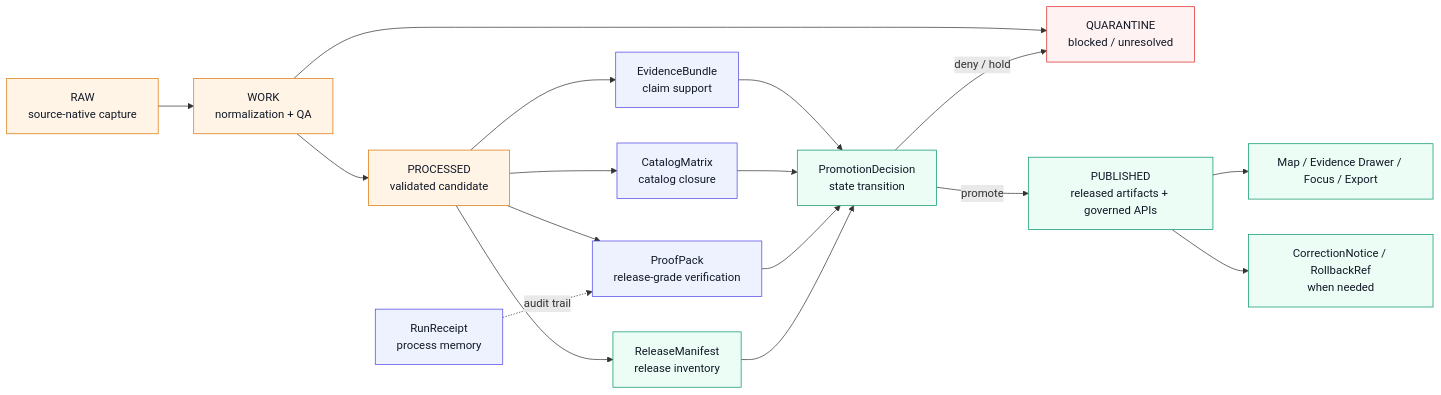
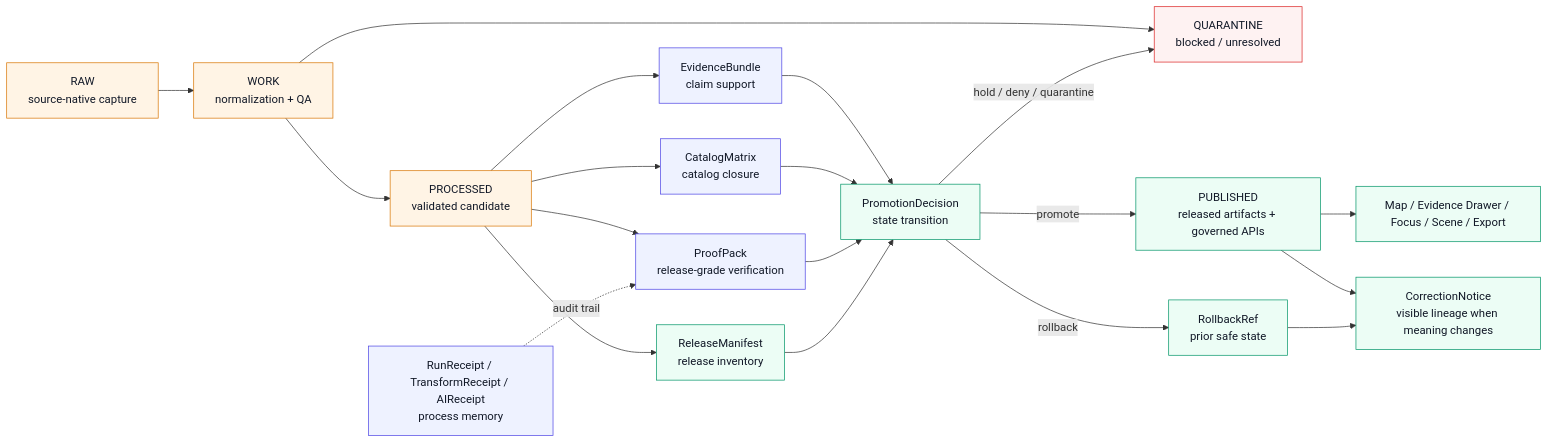
The diagram in docs/adr/ADR-0011-catalog-proof-release-separation.md (bartytime4life/Kansas-Frontier-Matrix), drawn with Mermaid before and after one commit. The commit also changed other lines of this file, not shown here.

````diff
--- a/docs/adr/ADR-0011-catalog-proof-release-separation.md
+++ b/docs/adr/ADR-0011-catalog-proof-release-separation.md
@@ -103,34 +127,36 @@
 ```mermaid
 flowchart LR
   RAW["RAW<br/>source-native capture"] --> WORK["WORK<br/>normalization + QA"]
   WORK --> Q["QUARANTINE<br/>blocked / unresolved"]
   WORK --> PROC["PROCESSED<br/>validated candidate"]
 
   PROC --> EB["EvidenceBundle<br/>claim support"]
   PROC --> CM["CatalogMatrix<br/>catalog closure"]
   PROC --> PP["ProofPack<br/>release-grade verification"]
   PROC --> RM["ReleaseManifest<br/>release inventory"]
 
-  RUN["RunReceipt<br/>process memory"] -. audit trail .-> PP
+  RUN["RunReceipt / TransformReceipt / AIReceipt<br/>process memory"] -. audit trail .-> PP
 
   EB --> PD["PromotionDecision<br/>state transition"]
   CM --> PD
   PP --> PD
   RM --> PD
 
   PD -->|promote| PUB["PUBLISHED<br/>released artifacts + governed APIs"]
-  PD -->|deny / hold| Q
+  PD -->|hold / deny / quarantine| Q
+  PD -->|rollback| RB["RollbackRef<br/>prior safe state"]
 
-  PUB --> UI["Map / Evidence Drawer / Focus / Export"]
-  PUB --> CORR["CorrectionNotice / RollbackRef<br/>when needed"]
+  PUB --> UI["Map / Evidence Drawer / Focus / Scene / Export"]
+  PUB --> CORR["CorrectionNotice<br/>visible lineage when meaning changes"]
+  RB --> CORR
 
   classDef candidate fill:#fff4e5,stroke:#d97706,color:#111827;
   classDef proof fill:#eef2ff,stroke:#4f46e5,color:#111827;
   classDef release fill:#ecfdf5,stroke:#059669,color:#111827;
   classDef blocked fill:#fef2f2,stroke:#dc2626,color:#111827;
 
   class RAW,WORK,PROC candidate;
   class EB,CM,PP,RUN proof;
-  class RM,PD,PUB,UI,CORR release;
+  class RM,PD,PUB,UI,CORR,RB release;
   class Q blocked;
 ```
````
